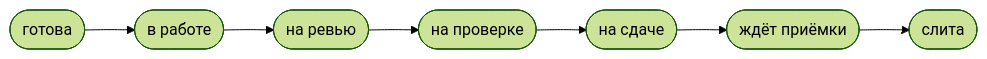
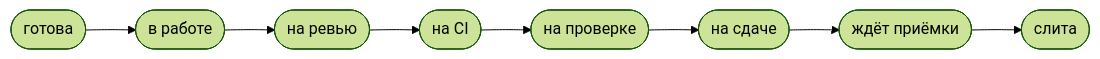
The fourth of 7 diagrams in docs/research/factory-pipeline.ru.md (KirillSachkov/agent-kit), drawn with Mermaid (forest theme) before and after one commit. The commit also changed other lines of this file and 15 other files, not shown here.

````diff
--- a/docs/research/factory-pipeline.ru.md
+++ b/docs/research/factory-pipeline.ru.md
@@ -88,4 +89,4 @@
 ```mermaid
 flowchart LR
-    S1(["готова"]) --> S2(["в работе"]) --> S3(["на ревью"]) --> S4(["на проверке"]) --> S5(["на сдаче"]) --> S6(["ждёт приёмки"]) --> S7(["слита"])
+    S1(["готова"]) --> S2(["в работе"]) --> S3(["на ревью"]) --> CI(["на CI"]) --> S4(["на проверке"]) --> S5(["на сдаче"]) --> S6(["ждёт приёмки"]) --> S7(["слита"])
 ```
````
